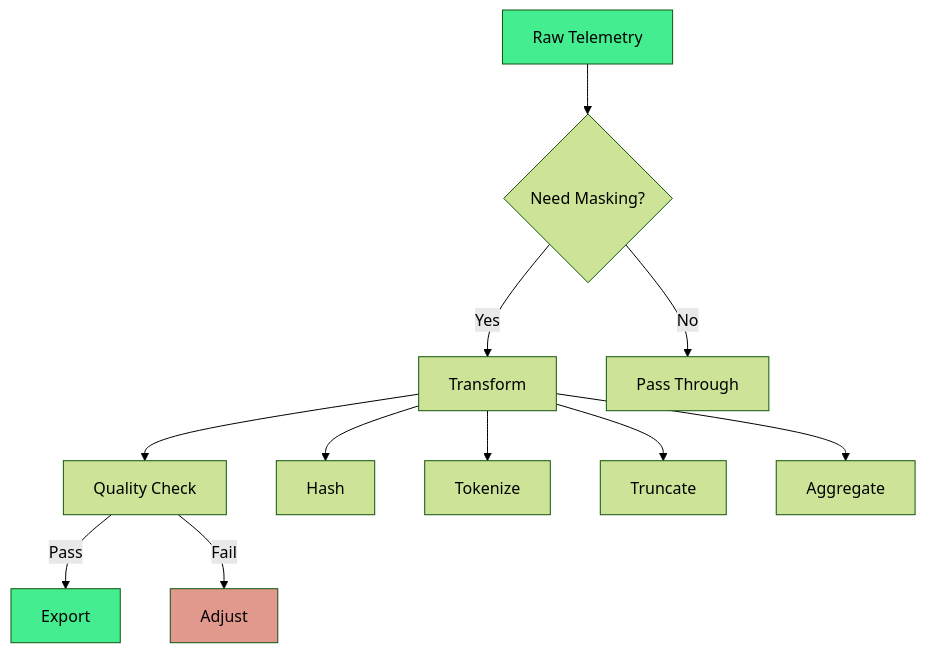
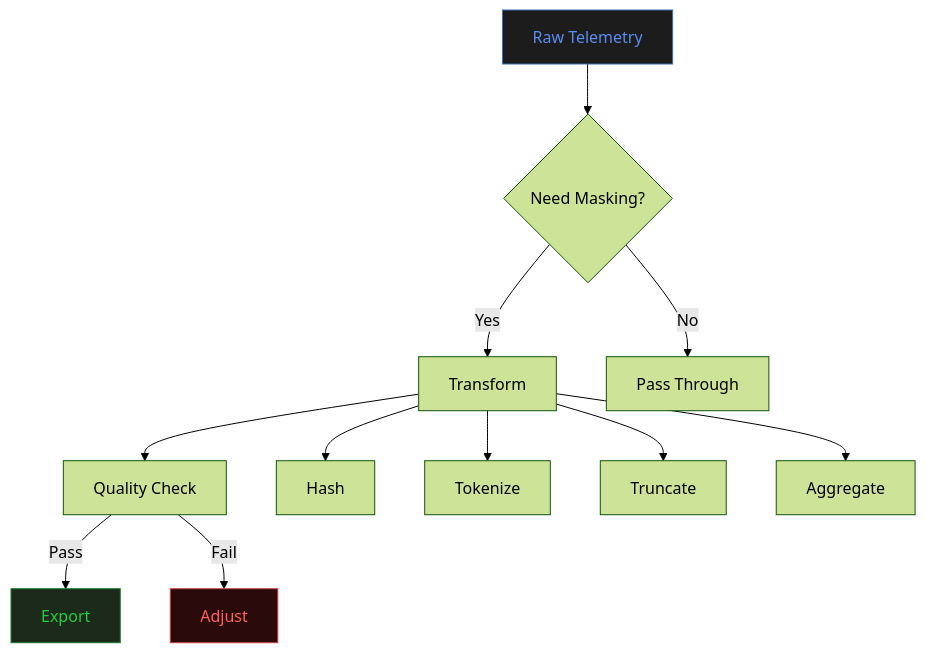
The first of 4 diagrams in content/guides/data-masking-in-telemetry.md (radra23/scryops-site), drawn with Mermaid (forest theme) before and after one commit. The commit also changed other lines of this file, not shown here.

```diff
--- a/content/guides/data-masking-in-telemetry.md
+++ b/content/guides/data-masking-in-telemetry.md
@@ -18,18 +16,18 @@
 {{< mermaid >}}
 graph TD
     A[Raw Telemetry] --> B{Need Masking?}
     B -->|Yes| C[Transform]
     B -->|No| D[Pass Through]
     C --> E[Quality Check]
     E -->|Pass| F[Export]
     E -->|Fail| G[Adjust]
 
     C --> C1[Hash]
     C --> C2[Tokenize]
     C --> C3[Truncate]
     C --> C4[Aggregate]
     
-    style A fill:#44ED90
-    style F fill:#44ED90
-    style G fill:#E1998E
+    style A fill:#1C1C1C,stroke:#3A6FAF,color:#5B8DEF
+    style F fill:#1C2A1C,stroke:#1C7A2E,color:#28CA41
+    style G fill:#2A0A0A,stroke:#CC4444,color:#FF6060
 {{< /mermaid >}}
```
